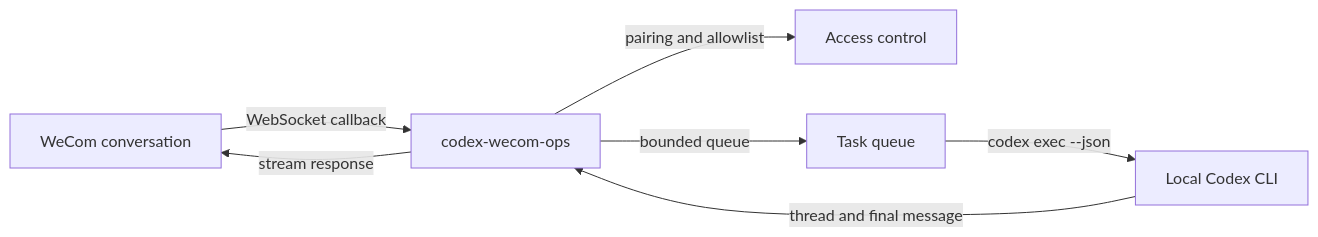
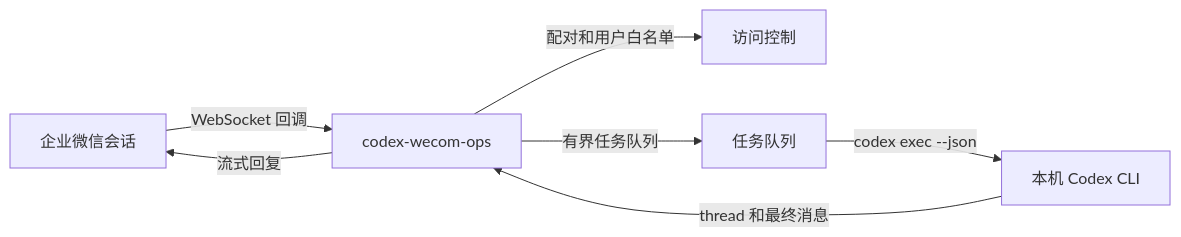
One commit to Mark-Tee/codex-wecom-ops changed the diagram in README.md. Above: the diagram before and after it, drawn with Mermaid. The commit also changed other lines of this file and 2 other files, not shown here.

````diff
--- a/README.md
+++ b/README.md
@@ -31,9 +32,9 @@
 ```mermaid
 flowchart LR
-  U[WeCom conversation] -->|WebSocket callback| B[codex-wecom-ops]
-  B -->|pairing and allowlist| A[Access control]
-  B -->|bounded queue| Q[Task queue]
-  Q -->|codex exec --json| C[Local Codex CLI]
-  C -->|thread and final message| B
-  B -->|stream response| U
+  U[企业微信会话] -->|WebSocket 回调| B[codex-wecom-ops]
+  B -->|配对和用户白名单| A[访问控制]
+  B -->|有界任务队列| Q[任务队列]
+  Q -->|codex exec --json| C[本机 Codex CLI]
+  C -->|thread 和最终消息| B
+  B -->|流式回复| U
 ```
````
